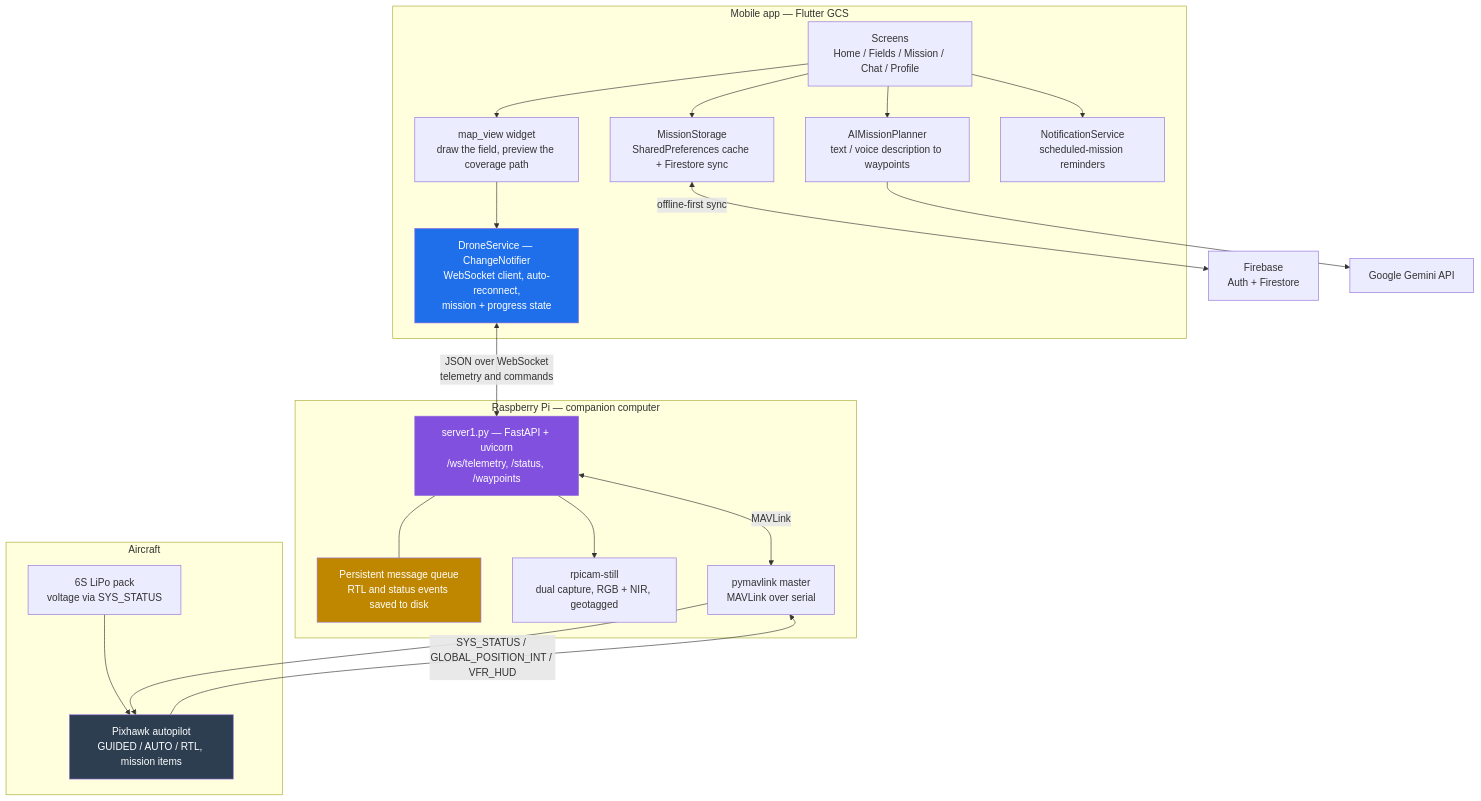
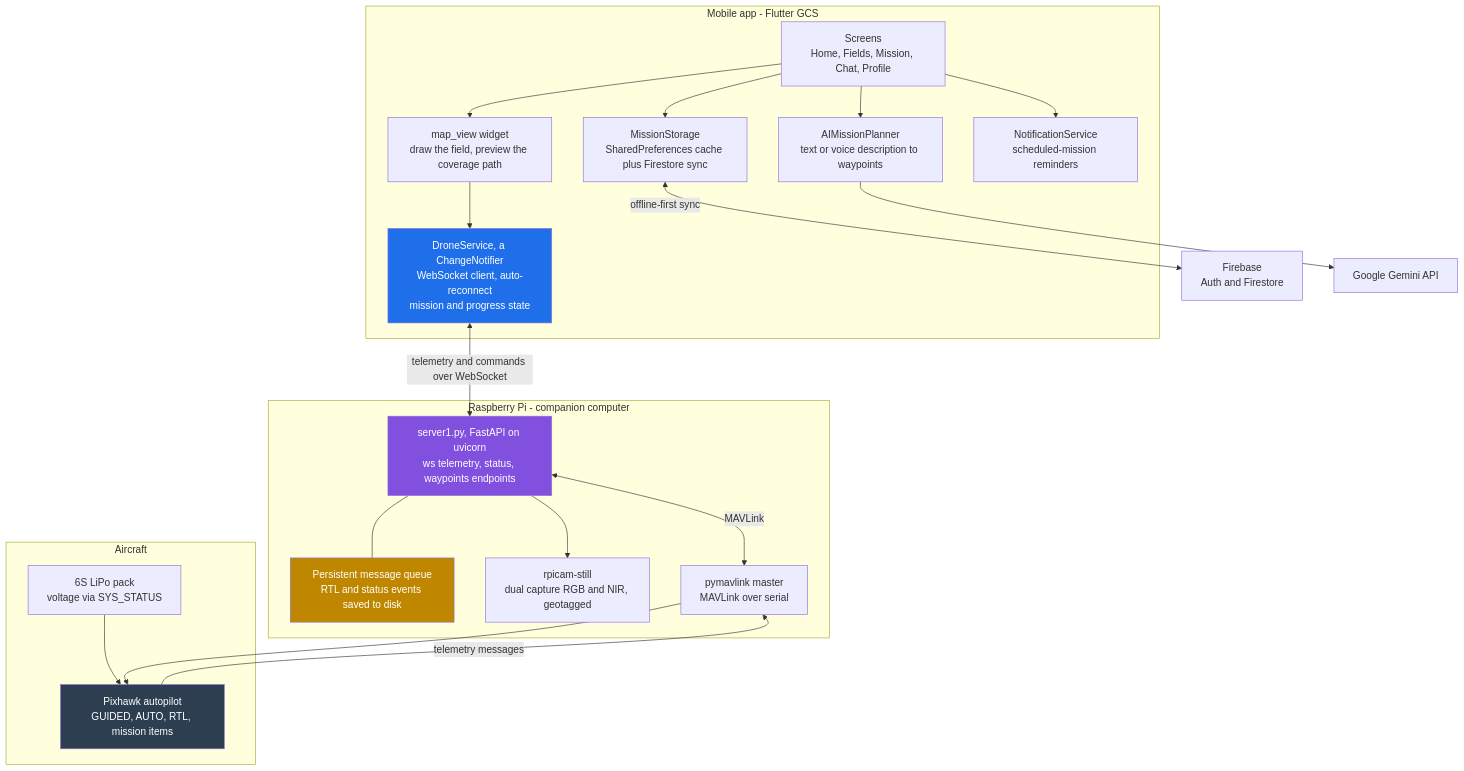
Before and after one commit to Husnaiin/Agron: the first of 2 diagrams in README.md, drawn with Mermaid. The commit also changed other lines of this file, not shown here.

Commit message:
docs: rewrite Architecture diagrams in ASCII-only Mermaid
The em-dash characters in node and subgraph labels broke Mermaid rendering
on GitHub. Rewrite both diagrams using plain ASCII, unquoted edge labels,
and simpler message text.

````diff
--- a/README.md
+++ b/README.md
@@ -56,44 +56,44 @@
 ```mermaid
 flowchart TB
-    subgraph PHONE["Mobile app — Flutter GCS"]
-        UI["Screens<br/>Home / Fields / Mission / Chat / Profile"]
+    subgraph PHONE["Mobile app - Flutter GCS"]
+        UI["Screens<br/>Home, Fields, Mission, Chat, Profile"]
         MV["map_view widget<br/>draw the field, preview the coverage path"]
-        DS["DroneService — ChangeNotifier<br/>WebSocket client, auto-reconnect,<br/>mission + progress state"]
-        MST["MissionStorage<br/>SharedPreferences cache + Firestore sync"]
-        AIP["AIMissionPlanner<br/>text / voice description to waypoints"]
+        DS["DroneService, a ChangeNotifier<br/>WebSocket client, auto-reconnect<br/>mission and progress state"]
+        MST["MissionStorage<br/>SharedPreferences cache plus Firestore sync"]
+        AIP["AIMissionPlanner<br/>text or voice description to waypoints"]
         NS["NotificationService<br/>scheduled-mission reminders"]
     end
 
-    subgraph PI["Raspberry Pi — companion computer"]
-        SRV["server1.py — FastAPI + uvicorn<br/>/ws/telemetry, /status, /waypoints"]
+    subgraph PI["Raspberry Pi - companion computer"]
+        SRV["server1.py, FastAPI on uvicorn<br/>ws telemetry, status, waypoints endpoints"]
         QUEUE["Persistent message queue<br/>RTL and status events saved to disk"]
-        CAM["rpicam-still<br/>dual capture, RGB + NIR, geotagged"]
+        CAM["rpicam-still<br/>dual capture RGB and NIR, geotagged"]
         MAV["pymavlink master<br/>MAVLink over serial"]
     end
 
     subgraph AIR["Aircraft"]
-        PX["Pixhawk autopilot<br/>GUIDED / AUTO / RTL, mission items"]
+        PX["Pixhawk autopilot<br/>GUIDED, AUTO, RTL, mission items"]
         BATT["6S LiPo pack<br/>voltage via SYS_STATUS"]
     end
 
     GEM["Google Gemini API"]
-    FB["Firebase<br/>Auth + Firestore"]
+    FB["Firebase<br/>Auth and Firestore"]
 
     UI --> MV --> DS
     UI --> MST
     UI --> AIP --> GEM
     UI --> NS
-    DS <-->|"JSON over WebSocket<br/>telemetry and commands"| SRV
-    MST <-->|"offline-first sync"| FB
+    DS <-->|telemetry and commands over WebSocket| SRV
+    MST <-->|offline-first sync| FB
     SRV --- QUEUE
     SRV --> CAM
-    SRV <-->|"MAVLink"| MAV
+    SRV <-->|MAVLink| MAV
     MAV --> PX
     BATT --> PX
-    PX -->|"SYS_STATUS / GLOBAL_POSITION_INT / VFR_HUD"| MAV
+    PX -->|telemetry messages| MAV
 
     style DS fill:#1f6feb,color:#fff
     style SRV fill:#8250df,color:#fff
     style PX fill:#2c3e50,color:#fff
     style QUEUE fill:#bf8700,color:#fff
 ```
````
